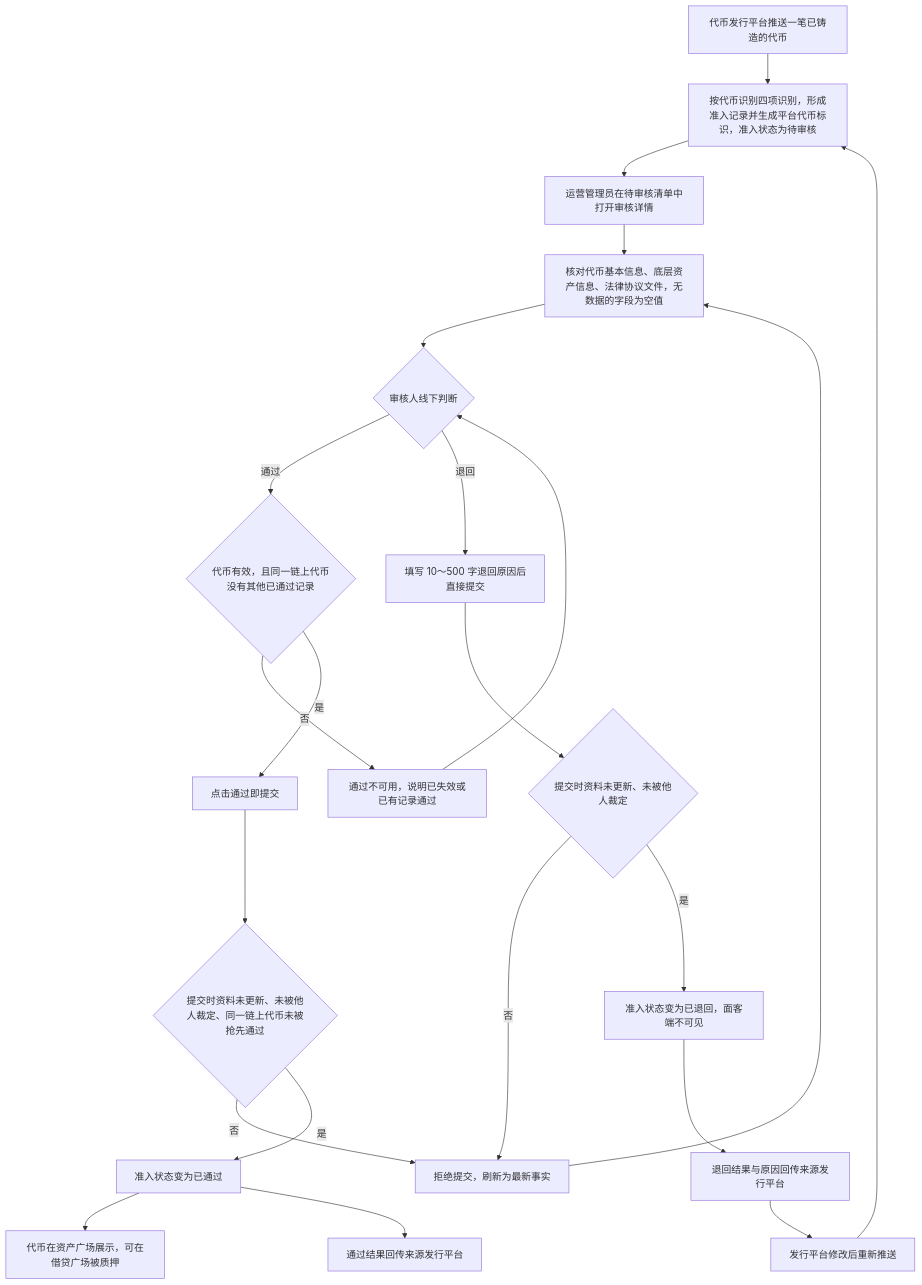
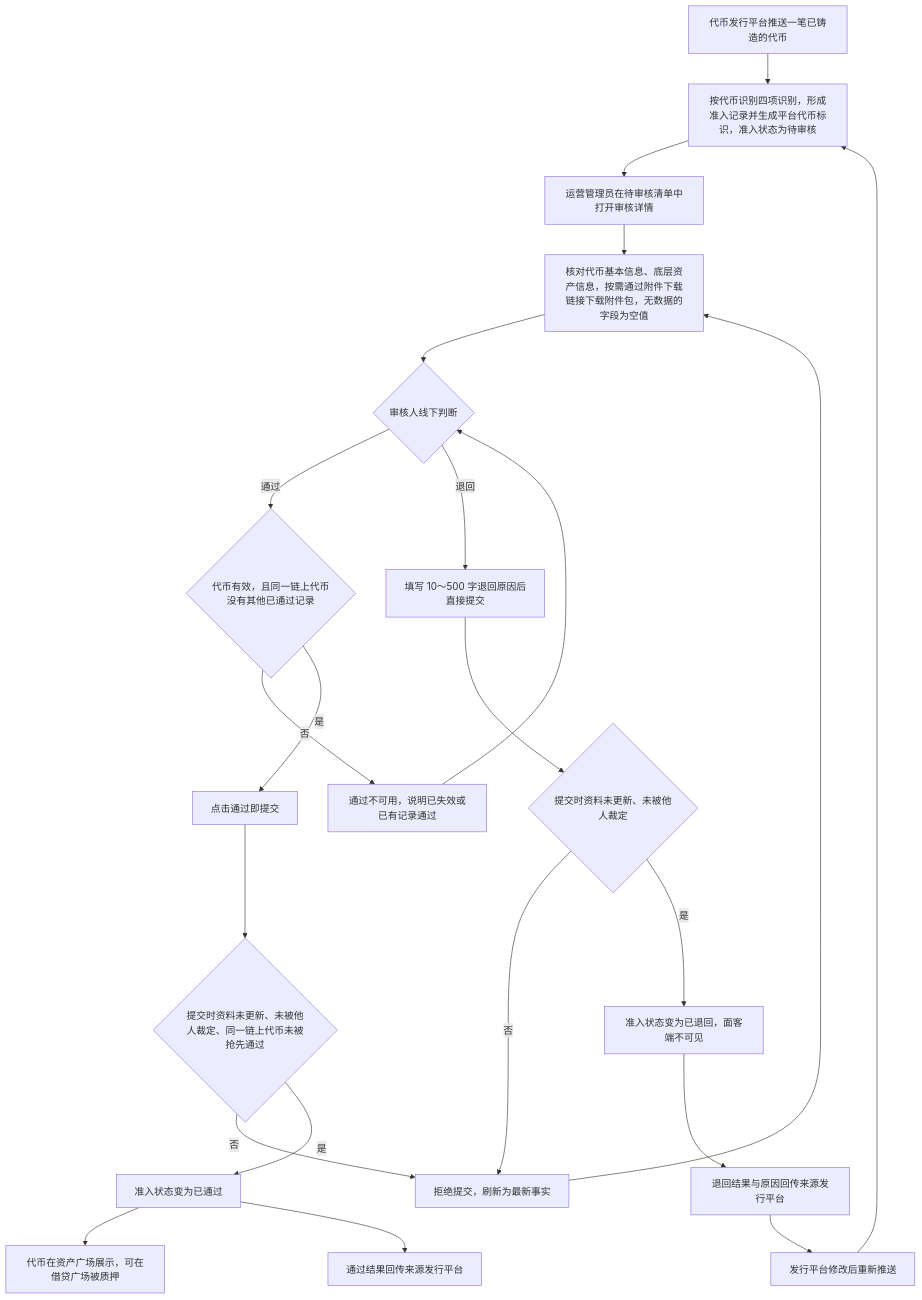
Before and after one commit to wxblockchain/Chain-Financing: the first of 3 diagrams in lending-platform/PRD/运营端/06-代币准入审核/02-代币准入审核-流程图与状态机.md, drawn with Mermaid. The commit also changed 4 other files, not shown here.

````diff
--- a/lending-platform/PRD/运营端/06-代币准入审核/02-代币准入审核-流程图与状态机.md
+++ b/lending-platform/PRD/运营端/06-代币准入审核/02-代币准入审核-流程图与状态机.md
@@ -16,24 +16,24 @@
 ```mermaid
 flowchart TD
     A[代币发行平台推送一笔已铸造的代币] --> B[按代币识别四项识别，形成准入记录并生成平台代币标识，准入状态为待审核]
     B --> D[运营管理员在待审核清单中打开审核详情]
-    D --> E[核对代币基本信息、底层资产信息、法律协议文件，无数据的字段为空值]
+    D --> E[核对代币基本信息、底层资产信息，按需通过附件下载链接下载附件包，无数据的字段为空值]
     E --> F{审核人线下判断}
     F -->|通过| G{代币有效，且同一链上代币没有其他已通过记录}
     G -->|否| H[通过不可用，说明已失效或已有记录通过]
     H --> F
     G -->|是| I[点击通过即提交]
     I --> J{提交时资料未更新、未被他人裁定、同一链上代币未被抢先通过}
     J -->|否| K[拒绝提交，刷新为最新事实]
     K --> E
     J -->|是| L[准入状态变为已通过]
     L --> M[代币在资产广场展示，可在借贷广场被质押]
     L --> N[通过结果回传来源发行平台]
     F -->|退回| O[填写 10～500 字退回原因后直接提交]
     O --> P{提交时资料未更新、未被他人裁定}
     P -->|否| K
     P -->|是| Q[准入状态变为已退回，面客端不可见]
     Q --> R[退回结果与原因回传来源发行平台]
     R --> S[发行平台修改后重新推送]
     S --> B
 ```
````
